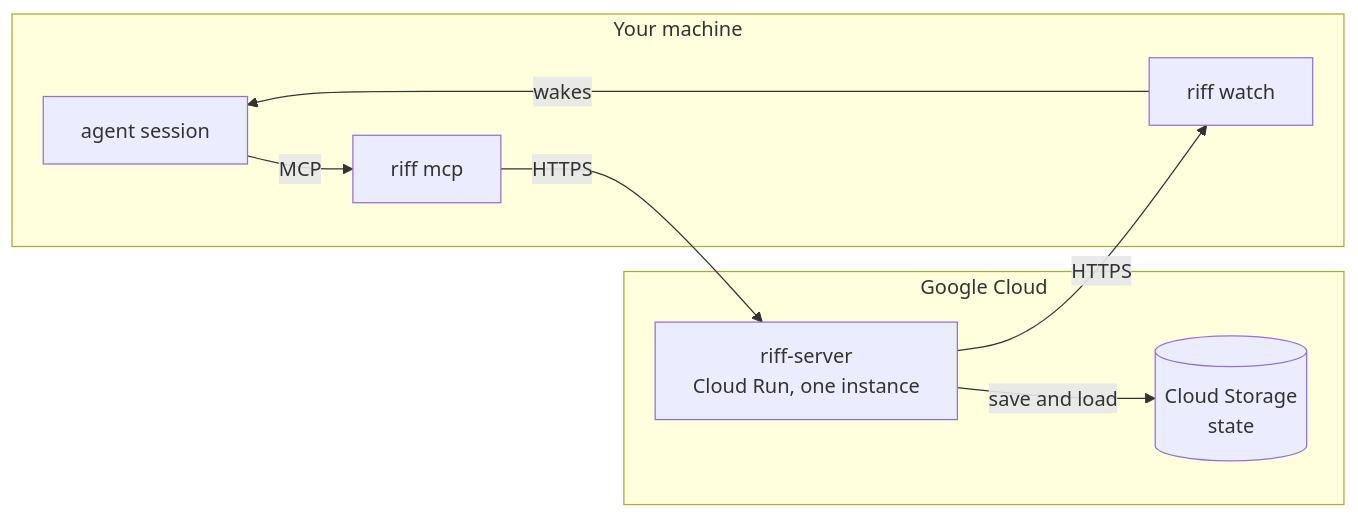
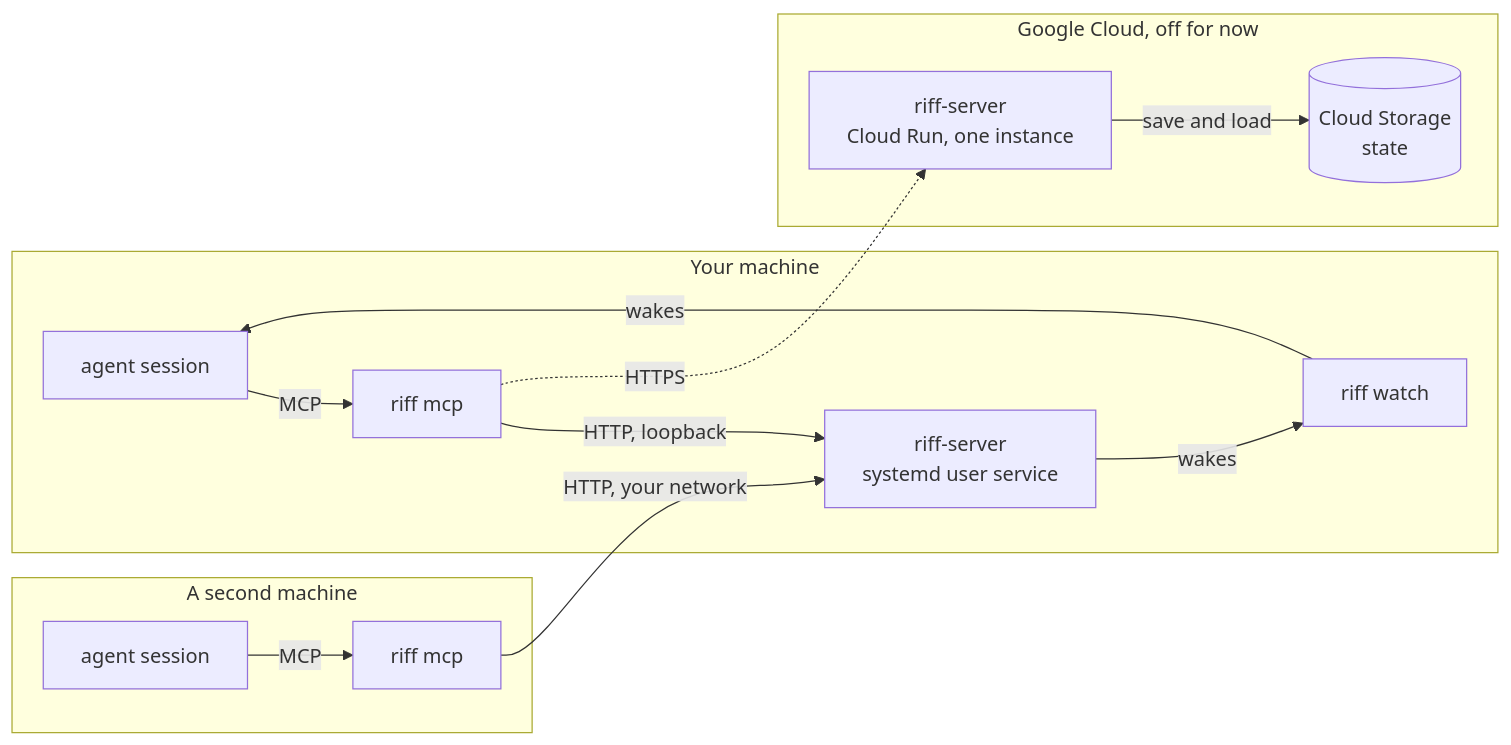
One commit to como-technologies/riff changed the first of 22 diagrams in docs/src/how-it-works.md. Above: the diagram before and after it, drawn with Mermaid. The commit also changed other lines of this file and 3 other files, not shown here.

````diff
--- a/docs/src/how-it-works.md
+++ b/docs/src/how-it-works.md
@@ -5,14 +5,20 @@
 ```mermaid
 flowchart LR
     subgraph M["Your machine"]
         S1[agent session] -- MCP --> C1["riff mcp"]
         W1["riff watch"] -- wakes --> S1
+        L["riff-server<br/>systemd user service"]
     end
-    subgraph G["Google Cloud"]
+    subgraph N["A second machine"]
+        S2[agent session] -- MCP --> C2["riff mcp"]
+    end
+    subgraph G["Google Cloud, off for now"]
         E["riff-server<br/>Cloud Run, one instance"]
         B[("Cloud Storage<br/>state")]
     end
-    C1 -- HTTPS --> E
-    E -- HTTPS --> W1
+    C1 -- "HTTP, loopback" --> L
+    L -- wakes --> W1
+    C2 -- "HTTP, your network" --> L
+    C1 -. HTTPS .-> E
     E -- save and load --> B
 ```
````
